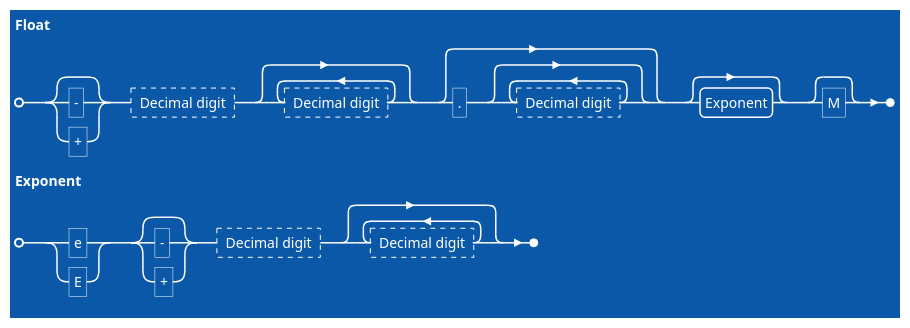
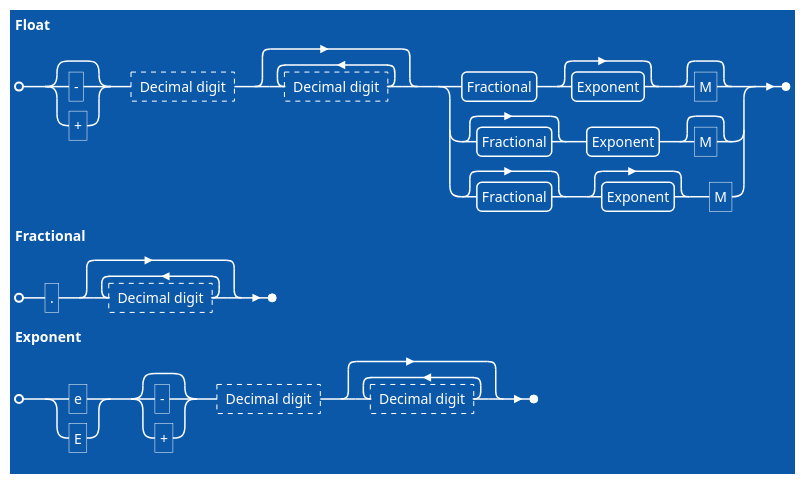
One commit to DotFox/edn.c changed the ninth of 16 diagrams in docs/grammar/edn_spec.org. Above: the diagram before and after it, drawn with PlantUML. The commit also changed other lines of this file, not shown here.

Commit message:
Fix Symbol and Float

```diff
--- a/docs/grammar/edn_spec.org
+++ b/docs/grammar/edn_spec.org
@@ -218,9 +213,12 @@
 #+begin_src plantuml :file ./edn_floating_point_numbers_ebnf.svg :exports results
 @startebnf
 !theme amiga
 
-Float = [ "-" | "+" ] , ? Decimal digit ? , { ? Decimal digit ? } , [ "." , { ? Decimal digit ? } ] , [ Exponent ] , [ "M" ] ;
+Float = [ "-" | "+" ] , ? Decimal digit ? , { ? Decimal digit ? } , ( Fractional , [ Exponent ] , [ "M" ] | [ Fractional ] , Exponent , [ "M" ] | [ Fractional ] , [ Exponent ] , "M" ) ;
+
+Fractional = "." , { ? Decimal digit ? } ;
 
 Exponent = ( "e" | "E" ) , [ "-" | "+" ] , ? Decimal digit ? , { ? Decimal digit ? } ;
+
 @endebnf
 #+end_src
```
